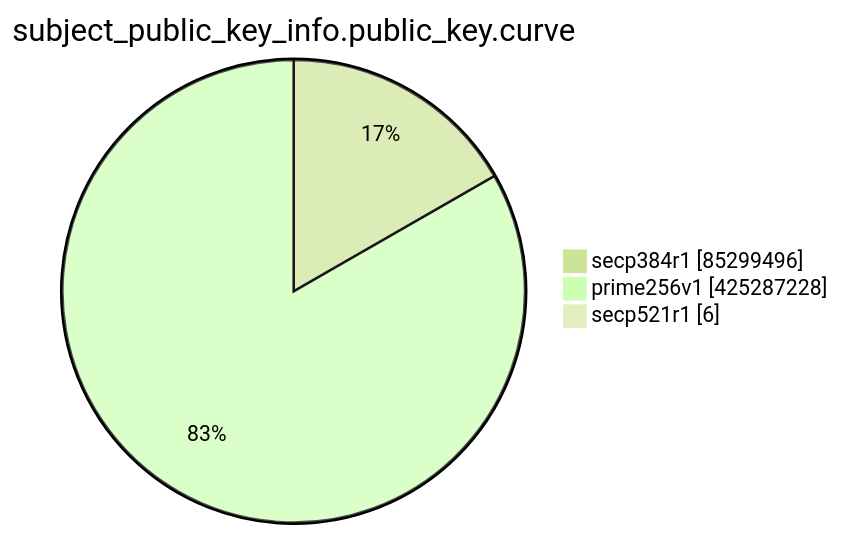
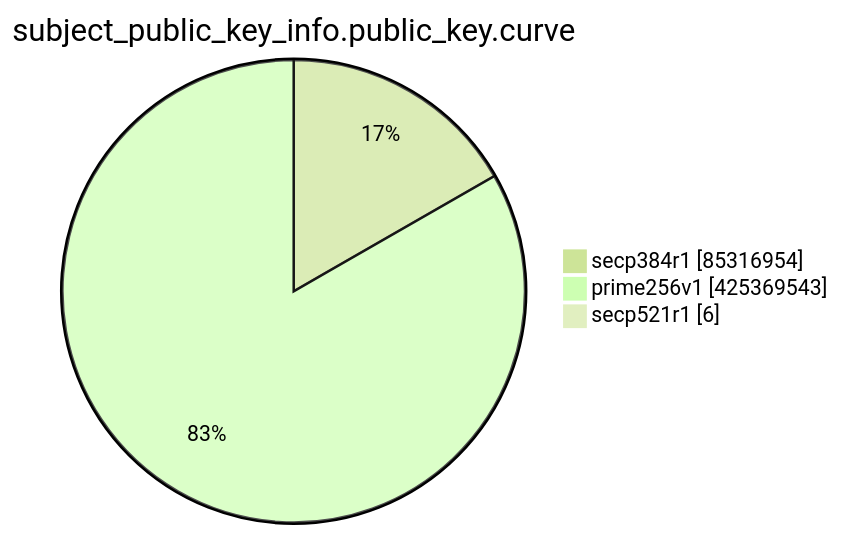
The eighth of 15 diagrams in TOTAL/README.md (christiankrug/ctmonitor_visualization), drawn with Mermaid (forest theme) before and after one commit. The commit also changed other lines of this file, not shown here.

````diff
--- a/TOTAL/README.md
+++ b/TOTAL/README.md
@@ -3100,7 +3100,7 @@
 ```mermaid
 pie showData
 title subject_public_key_info.public_key.curve
-"secp384r1" :85299496
-"prime256v1" :425287228
+"secp384r1" :85316954
+"prime256v1" :425369543
 "secp521r1" :6
 ```
````
